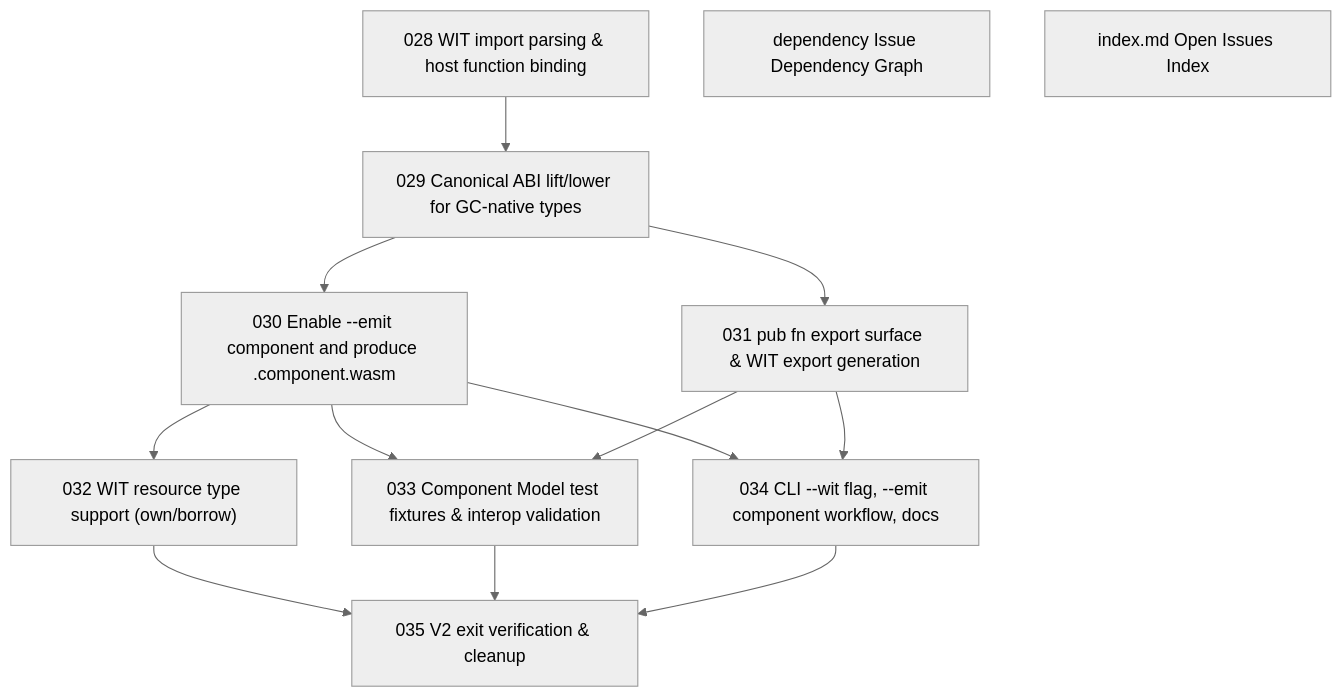
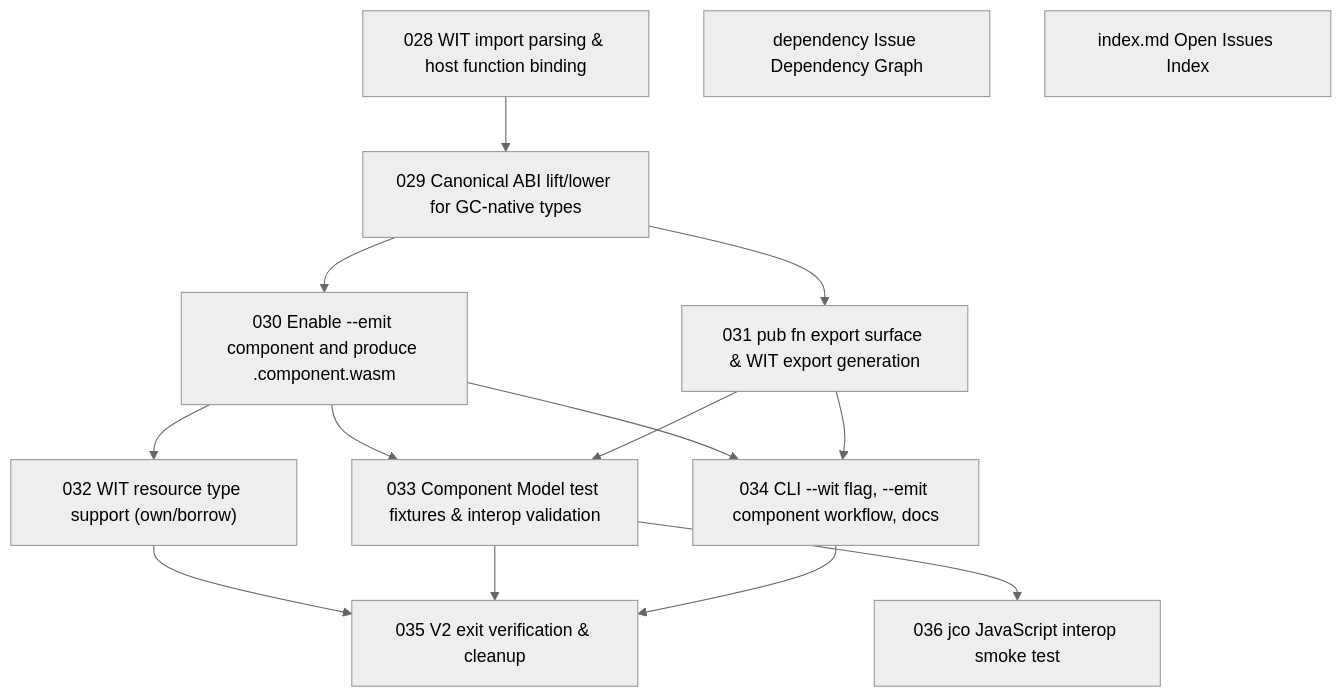
One commit to wogikaze/arukellt changed the diagram in issues/open/dependency-graph.md. Above: the diagram before and after it, drawn with Mermaid (neutral theme). The commit also changed other lines of this file and 3 other files, not shown here.

First line of the commit message:
issues: add #036 jco JS interop, add WIT flags to #028

````diff
--- a/issues/open/dependency-graph.md
+++ b/issues/open/dependency-graph.md
@@ -7,24 +7,26 @@
 ```mermaid
 graph TD
   I028["028 WIT import parsing & host function binding"]
   Idependency["dependency Issue Dependency Graph"]
   Iindex.md["index.md Open Issues Index"]
   I029["029 Canonical ABI lift/lower for GC-native types"]
   I030["030 Enable --emit component and produce .component.wasm"]
   I031["031 pub fn export surface & WIT export generation"]
   I032["032 WIT resource type support (own/borrow)"]
   I033["033 Component Model test fixtures & interop validation"]
   I034["034 CLI --wit flag, --emit component workflow, docs"]
+  I036["036 jco JavaScript interop smoke test"]
   I035["035 V2 exit verification & cleanup"]
   I028 --> I029
   I029 --> I030
   I029 --> I031
   I030 --> I032
   I030 --> I033
   I031 --> I033
   I030 --> I034
   I031 --> I034
+  I033 --> I036
   I032 --> I035
   I033 --> I035
   I034 --> I035
 ```
````
